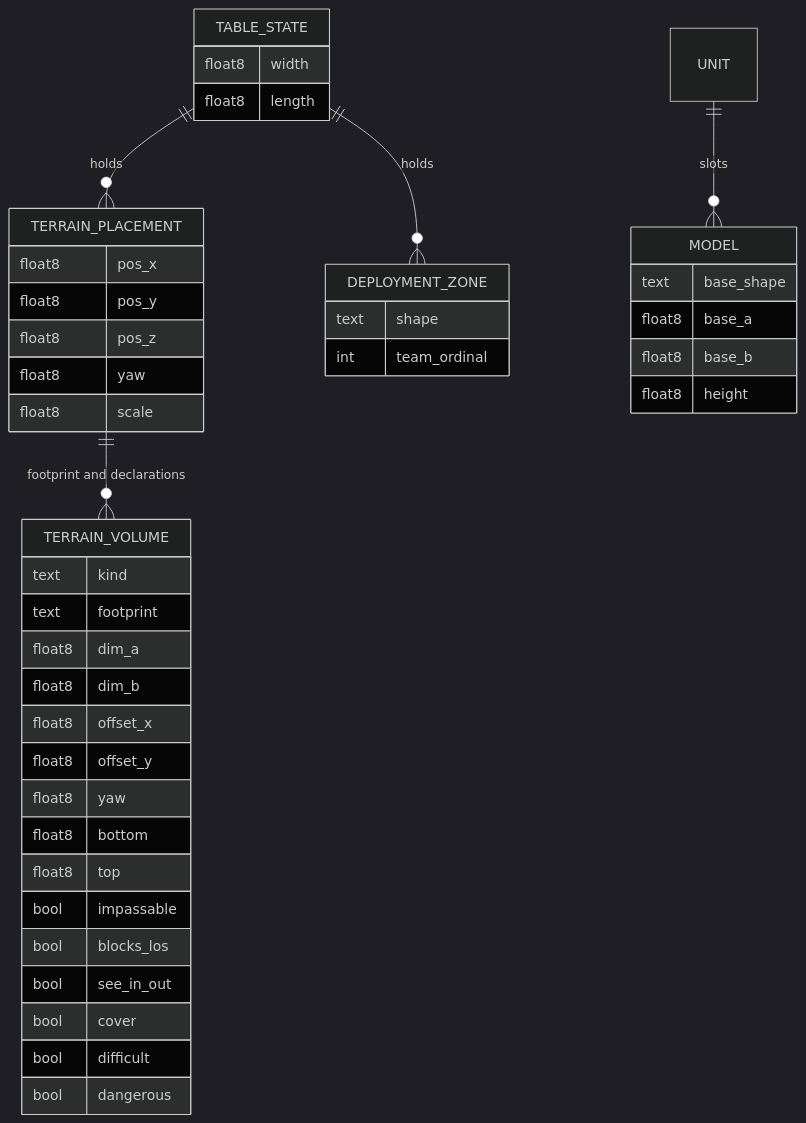
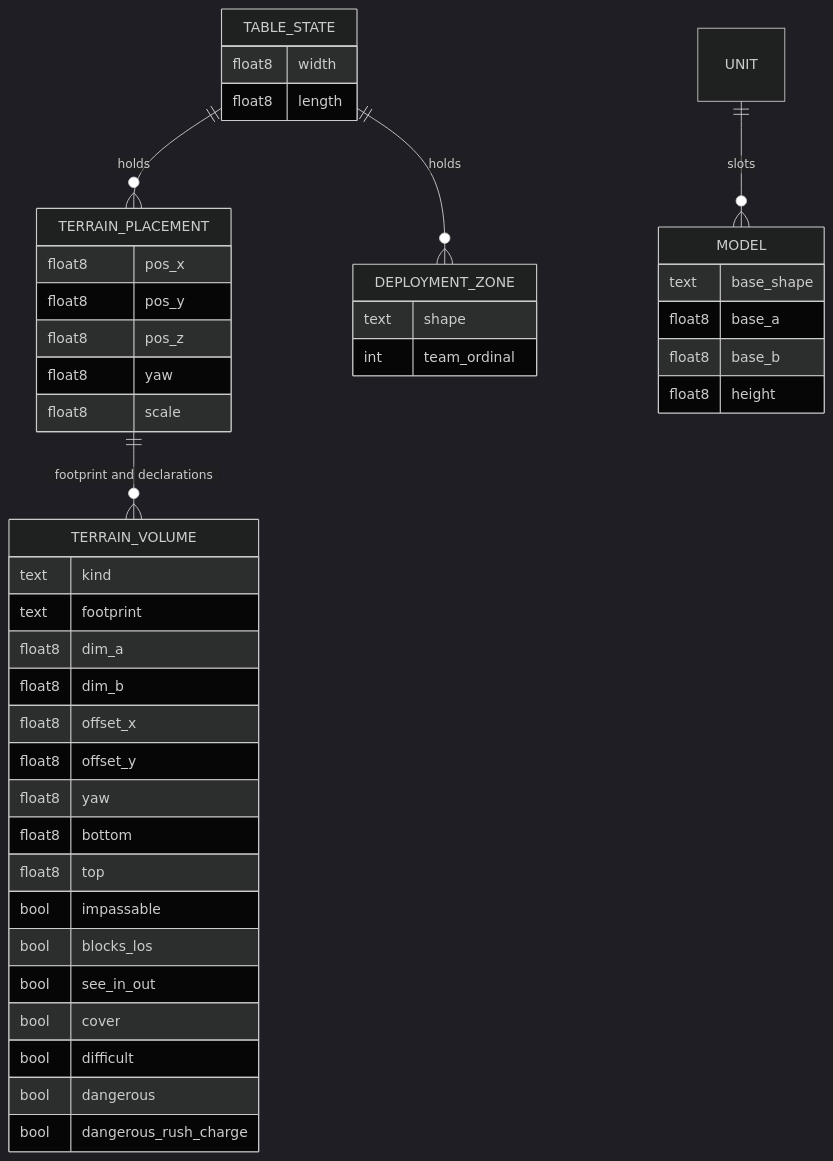
Before and after one commit to cstupi/tabletop: diagram 12 of 12 in docs/design/geometry/design.md, drawn with Mermaid (dark theme). The commit also changed other lines of this file and 34 other files, not shown here.

First line of the commit message:
Terrain: dangerous_on_rush_charge, p.12's "Dangerous when using rush/charge", enforced for Rush and Charge

````diff
--- a/docs/design/geometry/design.md
+++ b/docs/design/geometry/design.md
@@ -1041,45 +1042,46 @@
 ```mermaid
 erDiagram
     TABLE_STATE ||--o{ TERRAIN_PLACEMENT : holds
     TABLE_STATE ||--o{ DEPLOYMENT_ZONE : holds
     TERRAIN_PLACEMENT ||--o{ TERRAIN_VOLUME : "footprint and declarations"
     UNIT ||--o{ MODEL : slots
     TABLE_STATE {
         float8 width
         float8 length
     }
     TERRAIN_PLACEMENT {
         float8 pos_x
         float8 pos_y
         float8 pos_z
         float8 yaw
         float8 scale
     }
     TERRAIN_VOLUME {
         text kind
         text footprint
         float8 dim_a
         float8 dim_b
         float8 offset_x
         float8 offset_y
         float8 yaw
         float8 bottom
         float8 top
         bool impassable
         bool blocks_los
         bool see_in_out
         bool cover
         bool difficult
         bool dangerous
+        bool dangerous_rush_charge
     }
     DEPLOYMENT_ZONE {
         text shape
         int team_ordinal
     }
     MODEL {
         text base_shape
         float8 base_a
         float8 base_b
         float8 height
     }
 ```
````
